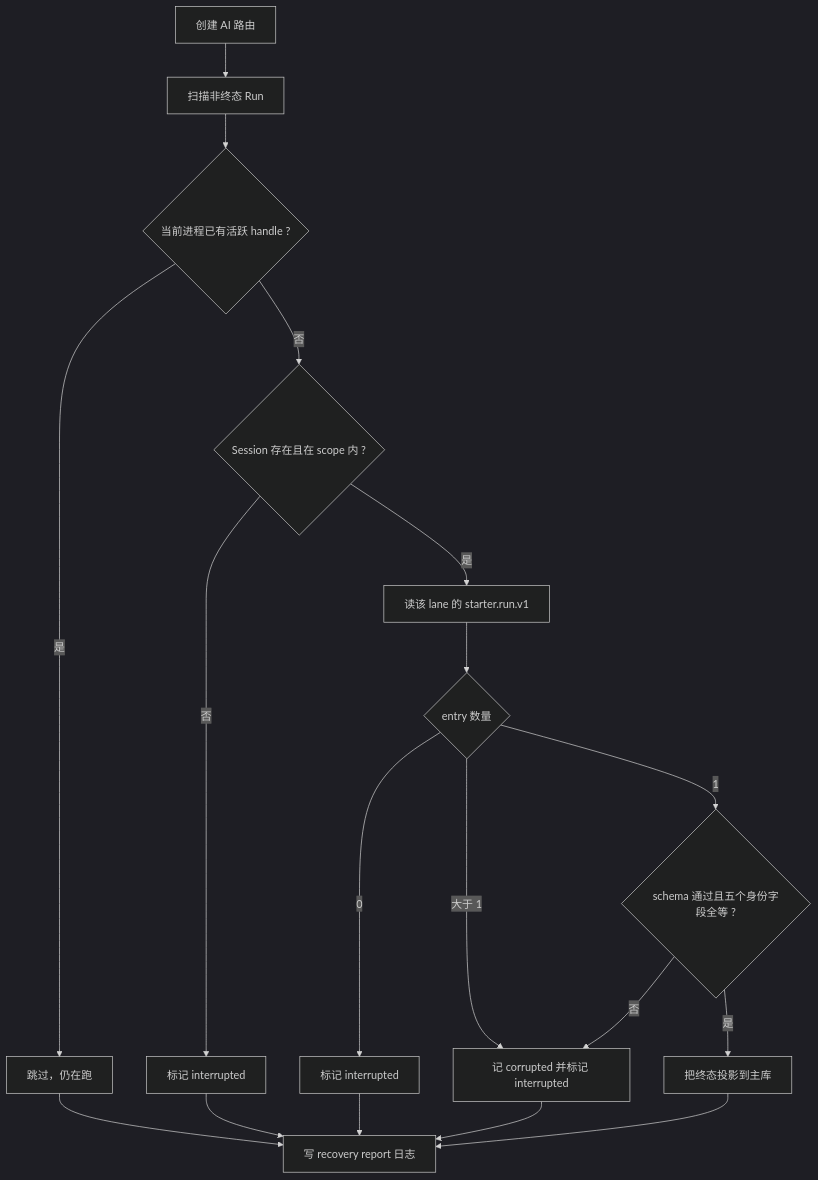
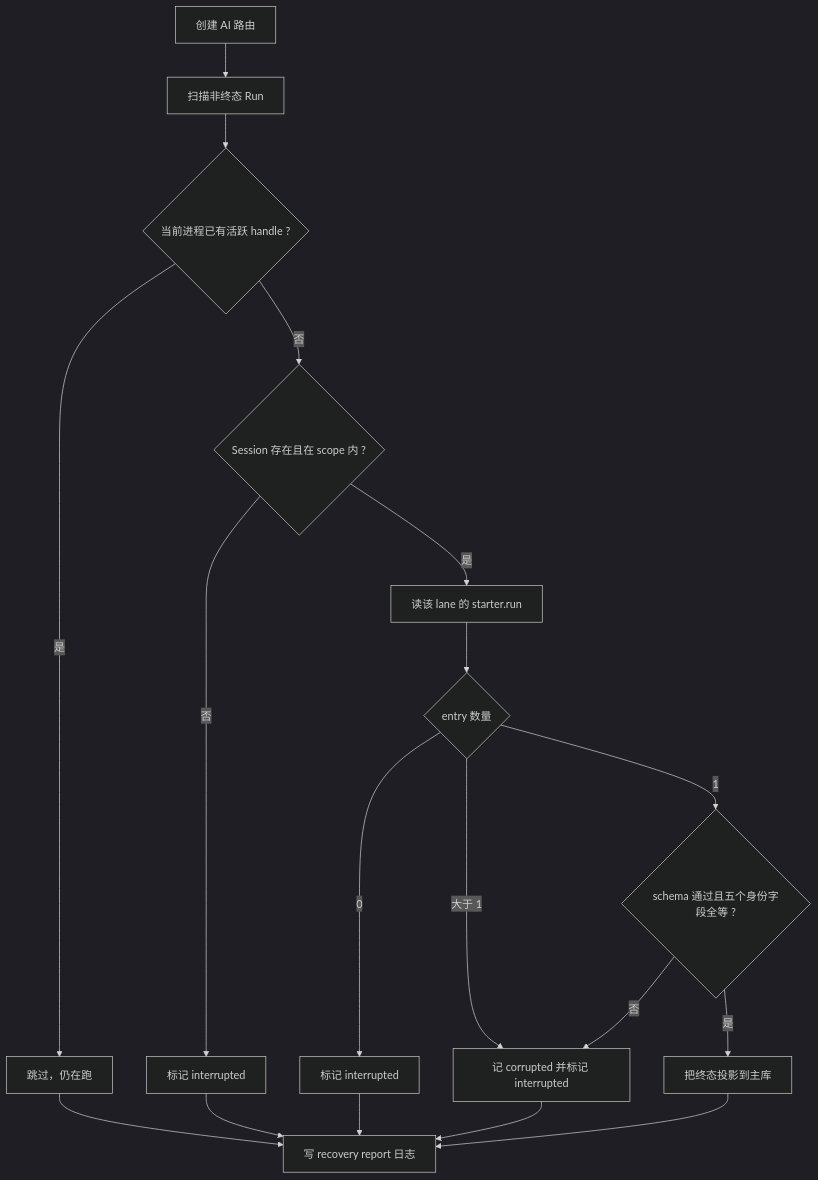
Before and after one commit to xidongdong-153/starter: the fifth of 5 diagrams in docs/ai/design.md, drawn with Mermaid. The commit also changed other lines of this file and 102 other files, not shown here.

````diff
--- a/docs/ai/design.md
+++ b/docs/ai/design.md
@@ -288,21 +288,21 @@
 ```mermaid
 %%{init: {"theme": "dark"}}%%
 flowchart TD
   Boot["创建 AI 路由"] --> Scan["扫描非终态 Run"]
   Scan --> Active{"当前进程已有活跃 handle ?"}
   Active -->|"是"| Skip["跳过，仍在跑"]
   Active -->|"否"| Sess{"Session 存在且在 scope 内 ?"}
   Sess -->|"否"| Int1["标记 interrupted"]
-  Sess -->|"是"| Read["读该 lane 的 starter.run.v1"]
+  Sess -->|"是"| Read["读该 lane 的 starter.run"]
   Read --> Count{"entry 数量"}
   Count -->|"0"| Int2["标记 interrupted"]
   Count -->|"大于 1"| Corrupt["记 corrupted 并标记 interrupted"]
   Count -->|"1"| Parse{"schema 通过且五个身份字段全等 ?"}
   Parse -->|"否"| Corrupt
   Parse -->|"是"| Project["把终态投影到主库"]
   Skip --> Report["写 recovery report 日志"]
   Int1 --> Report
   Int2 --> Report
   Corrupt --> Report
   Project --> Report
 ```
````
